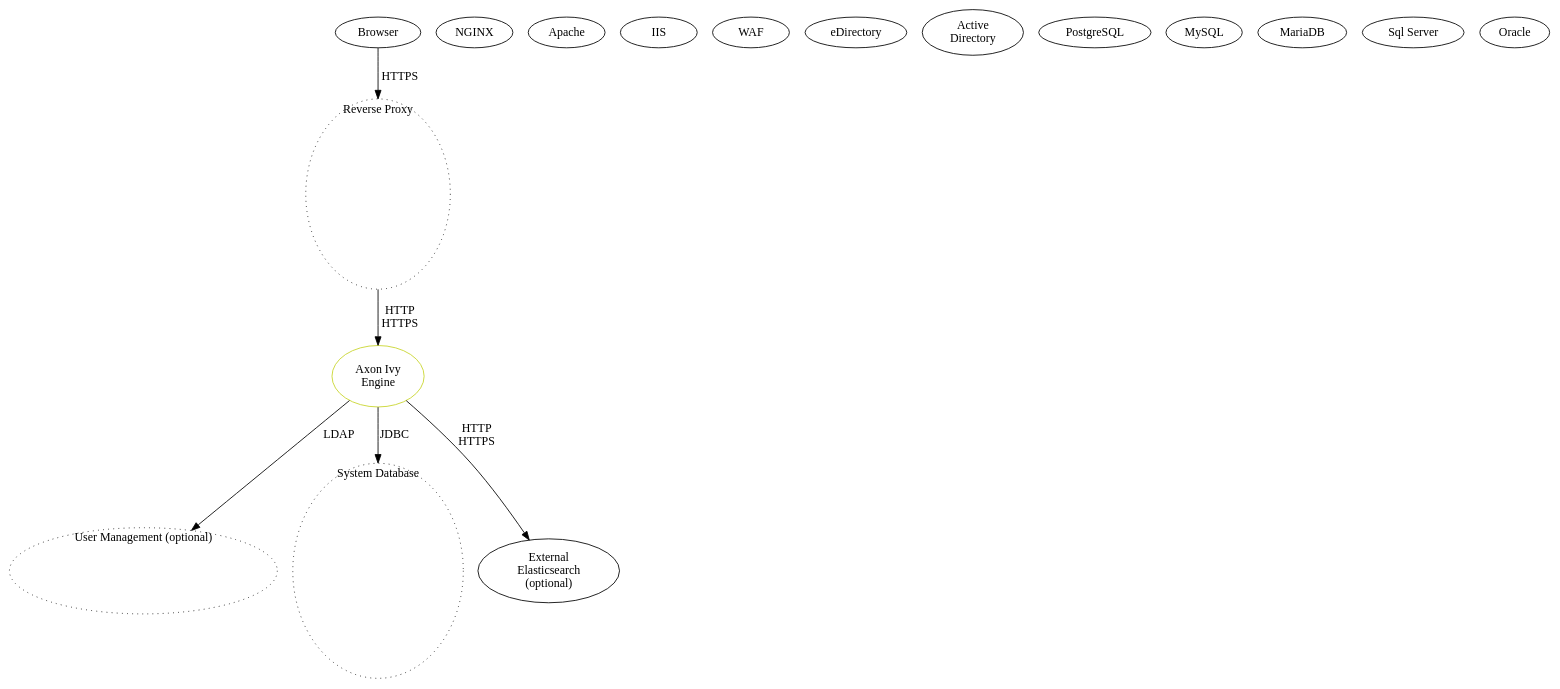
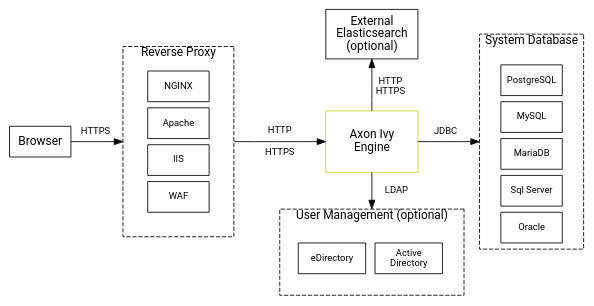
Before and after one commit to bernhardAxonIvy/doc: the diagram in source/engine-guide/integration/overview.dot, drawn with Graphviz. The commit also changed 28 other files, not shown here.

```diff
--- a/source/engine-guide/integration/overview.dot
+++ b/source/engine-guide/integration/overview.dot
@@ -1,31 +1,43 @@
+digraph overview {
+  layout=neato;
+  node [shape=box, fontname="Roboto,Helvetica Neue,Arial,sans-serif", fixedsize="true", margin=0]; 
+  
+  /* nodes */
+  browser [ label="Browser",                          pos="0,2.5!", width="1"];
 
-digraph overview {
-  browser [ label="Browser", pos = "0,2.5!", width=1];
+  frontendServers [label="Reverse Proxy",             pos="2.25,2.5!", height="3.1", width="1.8", style="dashed", fontcolor="black", labelloc="t"];
+  frontendNginx [label="NGINX",                       pos="2.25,3.4!", height="0.5", width="1.0", fontsize=11];
+  frontendApache [label="Apache",                     pos="2.25,2.8!", height="0.5", width="1.0", fontsize=11];
+  frontendIIS [label="IIS",                           pos="2.25,2.2!", height="0.5", width="1.0", fontsize=11];
+  frontendWAF [label="WAF",                           pos="2.25,1.6!", height="0.5", width="1.0", fontsize=11];
+ 
+  engine [label="Axon Ivy\nEngine",                   pos="5.40,2.5!", height="1.0", width="1.5", color="#C7D426", fontcolor="black"];
+  
+  userManagement [label="User Management (optional)", pos="5.40,0.7!", height="1.4", width="3.0" style="dashed" fontcolor="black" labelloc="t"];
+  eDirectory [label="eDirectory",                     pos="4.75,0.6!", height="0.5", width="1.1", fontsize=11];
+  activeDirectory [label="Active\nDirectory",         pos="6.00,0.6!", height="0.5", width="1.1", fontsize=11];
 
-  frontendServers [ label="Reverse Proxy",pos = "2.25,2.5!" width=1.8 height=3.1 style="dotted" fontcolor="black" labelloc="t"];
-  frontendNginx [ label="NGINX",pos = "2.25,3.4!" width=1.25 height=0.5];
-  frontendApache [ label="Apache",pos = "2.25,2.8!" width=1.25 height=0.5];
-  frontendIIS [ label="IIS",pos = "2.25,2.2!" width=1.25 height=0.5];
-  frontendWAF [ label="WAF",pos = "2.25,1.6!" width=1.25 height=0.5];
- 
-  engine [label="Axon Ivy\nEngine", pos="5.4,2.5!", height="1", width="1.5", color="#C7D426", fontcolor="black"];
+  systemdb [label="System Database",                  pos="8.00,2.5!", height="3.5", width="1.7", style="dashed" fontcolor="black" labelloc="t"]
+  postgres [label="PostgreSQL",                       pos="8.00,3.5!", height="0.5", width="1.0", fontsize=11]
+  mysql [label="MySQL",                               pos="8.00,2.9!", height="0.5", width="1.0", fontsize=11]
+  mariadb [label="MariaDB",                           pos="8.00,2.3!", height="0.5", width="1.0", fontsize=11]
+  mssql [label="Sql Server",                          pos="8.00,1.7!", height="0.5", width="1.0", fontsize=11]
+  oracle [label="Oracle",                             pos="8.00,1.1!", height="0.5", width="1.0", fontsize=11]
+
+  elasticsearch [ label="External\nElasticsearch\n(optional)", pos="5.4,4.25!", height="0.8" width="1.5"]
+
+  /* edges */
+  browser -> frontendServers;
+  frontendServers -> engine;
+  engine -> userManagement;
+  engine -> systemdb;
+  engine -> elasticsearch;
+
+   /* edge labels */  
+  browser_frontendServers [ label="HTTPS\n \n ",   pos = "0.9,2.5!", shape=none, fillcolor=none, fontcolor=black, fontsize=11];
+  frontendServers_engine [ label="HTTP\n\nHTTPS" , pos = "3.9,2.5!", shape=none, fillcolor=none, fontcolor=black, fontsize=11];
+  engine_userManagement [ label="LDAP",            pos = "5.8,1.7!", shape=none, fillcolor=none, fontcolor=black, fontsize=11];
+  engine_systemdb [ label="JDBC\n \n ",            pos = "6.6,2.5!", shape=none, fillcolor=none, fontcolor=black, fontsize=11];
+  engine_elasticsearch [label="HTTP\nHTTPS",       pos = "5.7,3.4!", shape=none, fillcolor=none, fontcolor=black, fontsize=11];
   
-  userManagement [ label="User Management (optional)",pos = "5.4,0.7!" width=3 height=1.4 style="dotted" fontcolor="black" labelloc="t"];
-  eDirectory [ label="eDirectory", width="1.1" pos="4.75,0.6!"];
-  activeDirectory [ label="Active\nDirectory", width="1.1" pos="6,0.6!"];
-
-  systemdb [ label="System Database", pos="8,2.5!" width=1.7 height=3.5 style="dotted" fontcolor="black" labelloc="t"]
-  postgres [ label="PostgreSQL", pos="8,3.5!" width=1 height=0.5]
-  mysql [ label="MySQL", pos="8,2.9!" width=1 height=0.5]
-  mariadb [ label="MariaDB", pos="8,2.3!" width=1 height=0.5]
-  mssql [ label="Sql Server", pos="8,1.7!" width=1 height=0.5]
-  oracle [ label="Oracle", pos="8,1.1!" width=1 height=0.5]
-
-  elasticsearch [ label="External\n Elasticsearch\n (optional)", pos="5.4,4.25!" width=1.5]
-
-  browser -> frontendServers [ label="HTTPS"];
-  frontendServers -> engine [ label="HTTP\nHTTPS" ];
-  engine -> userManagement [ label="LDAP" ];
-  engine -> systemdb [ label="JDBC" ];
-  engine -> elasticsearch [label="HTTP\nHTTPS"];
 }
```
